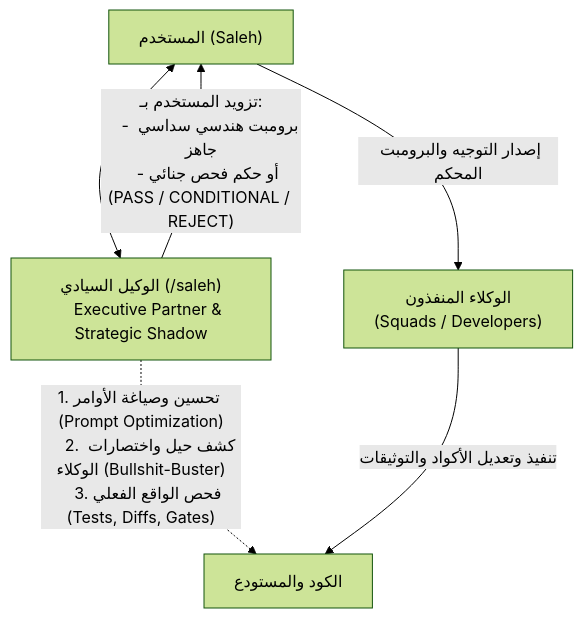
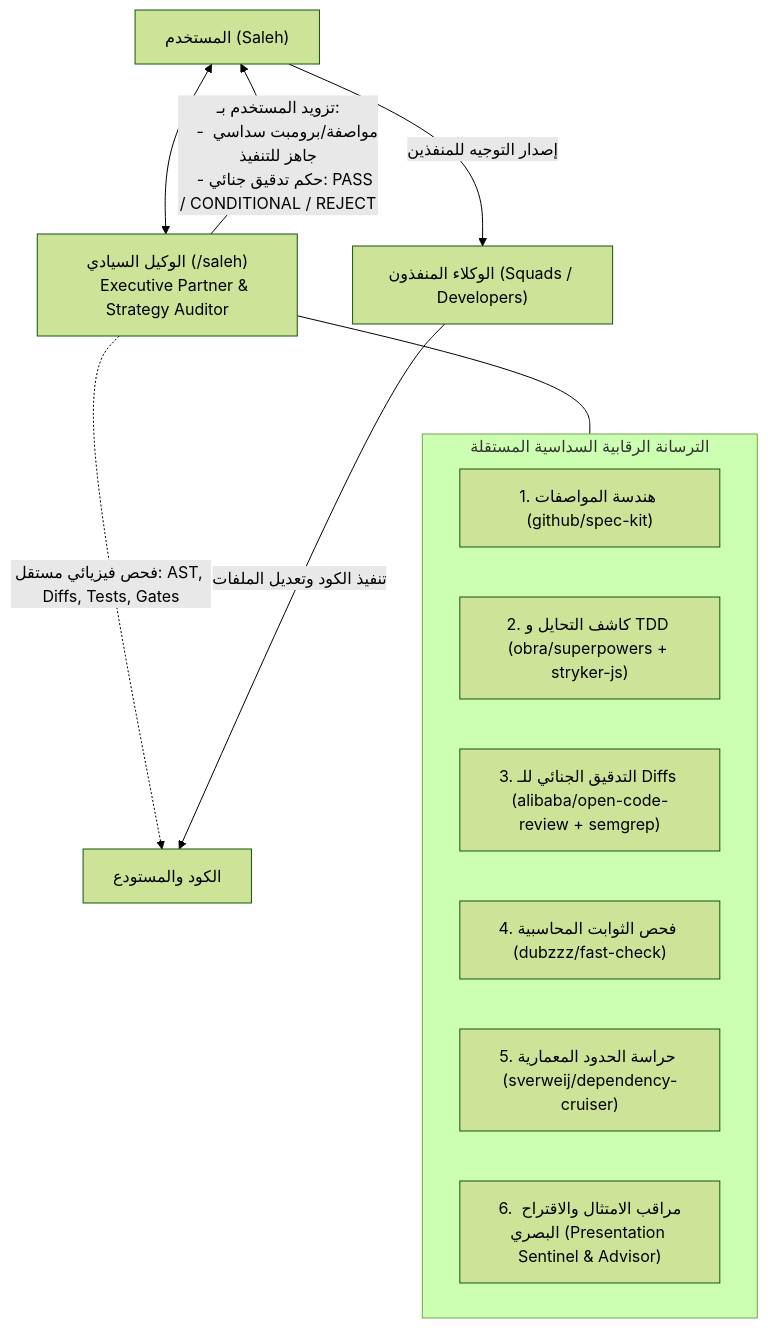
Before and after one commit to SalehOsman/Alsaada-Smart-Bot: the diagram in .agents/skills/saleh/SKILL.md, drawn with Mermaid (forest theme). The commit also changed other lines of this file and 8 other files, not shown here.

````diff
--- a/.agents/skills/saleh/SKILL.md
+++ b/.agents/skills/saleh/SKILL.md
@@ -36,14 +34,22 @@
 ```mermaid
 flowchart TD
     User["المستخدم (Saleh)"] <--> SalehAgent["الوكيل السيادي (/saleh)
-    Executive Partner & Strategic Shadow"]
-    SalehAgent -.->|"1. تحسين وصياغة الأوامر (Prompt Optimization)
-    2. كشف حيل واختصارات الوكلاء (Bullshit-Buster)
-    3. فحص الواقع الفعلي (Tests, Diffs, Gates)"| Codebase["الكود والمستودع"]
+    Executive Partner & Strategy Auditor"]
+
+    subgraph Armory["الترسانة الرقابية السداسية المستقلة"]
+        M1["1. هندسة المواصفات (github/spec-kit)"]
+        M2["2. كاشف التحايل و TDD (obra/superpowers + stryker-js)"]
+        M3["3. التدقيق الجنائي للـ Diffs (alibaba/open-code-review + semgrep)"]
+        M4["4. فحص الثوابت المحاسبية (dubzzz/fast-check)"]
+        M5["5. حراسة الحدود المعمارية (sverweij/dependency-cruiser)"]
+        M6["6. مراقب الامتثال والاقتراح البصري (Presentation Sentinel & Advisor)"]
+    end
+
+    SalehAgent --- Armory
+    SalehAgent -.->|"فحص فيزيائي مستقل: AST, Diffs, Tests, Gates"| Codebase["الكود والمستودع"]
     SalehAgent -->|"تزويد المستخدم بـ:
-    - برومبت هندسي سداسي جاهز
-    - أو حكم فحص جنائي (PASS / CONDITIONAL / REJECT)"| User
-    User -->|"إصدار التوجيه والبرومبت المحكم"| WorkerAgents["الوكلاء المنفذون
-    (Squads / Developers)"]
-    WorkerAgents -->|"تنفيذ وتعديل الأكواد والتوثيقات"| Codebase
+    - مواصفة/برومبت سداسي جاهز للتنفيذ
+    - حكم تدقيق جنائي: PASS / CONDITIONAL / REJECT"| User
+    User -->|"إصدار التوجيه للمنفذين"| WorkerAgents["الوكلاء المنفذون (Squads / Developers)"]
+    WorkerAgents -->|"تنفيذ الكود وتعديل الملفات"| Codebase
 ```
````
